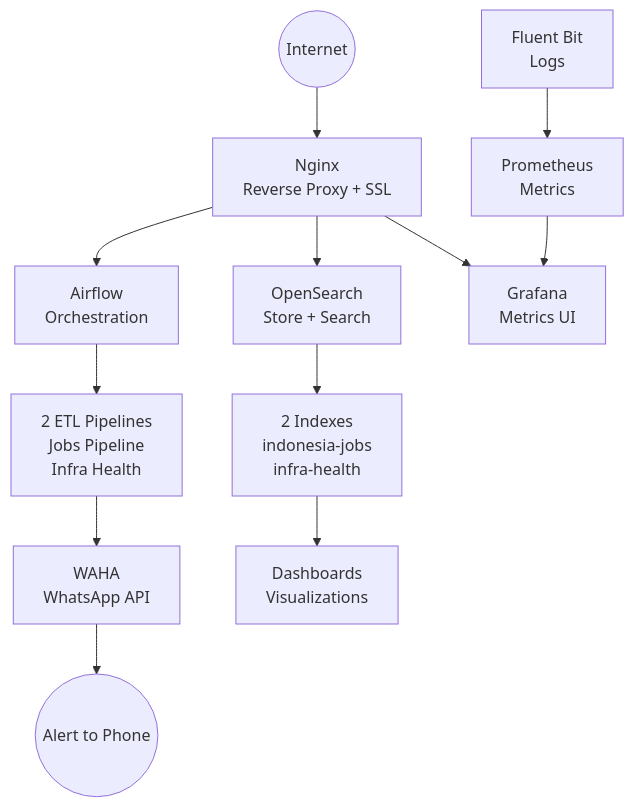
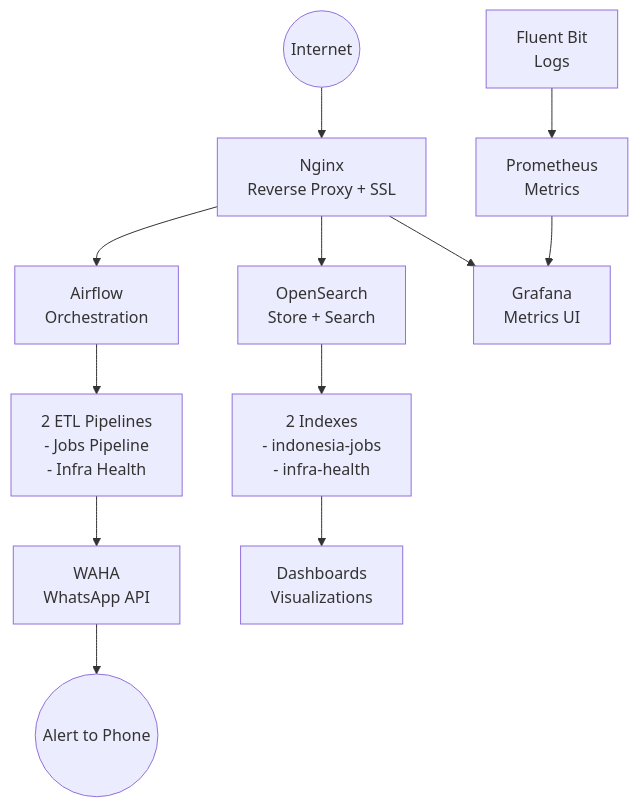
The first of 3 diagrams in README.md (ChaisarAbi/indonesia-jobs-pipeline), drawn with Mermaid before and after one commit.

Commit message:
Renew README.md delete the markdown - Succesfull (final)

````diff
--- a/README.md
+++ b/README.md
@@ -18,19 +18,19 @@
 ```mermaid
 graph TD
     A((Internet)) --> B[Nginx<br/>Reverse Proxy + SSL]
     
     B --> C[Airflow<br/>Orchestration]
     B --> D[OpenSearch<br/>Store + Search]
     B --> E[Grafana<br/>Metrics UI]
     
-    C --> F[2 ETL Pipelines<br/>Jobs Pipeline<br/>Infra Health]
-    D --> G[2 Indexes<br/>indonesia-jobs<br/>infra-health]
+    C --> F[2 ETL Pipelines<br/>- Jobs Pipeline<br/>- Infra Health]
+    D --> G[2 Indexes<br/>- indonesia-jobs<br/>- infra-health]
     
     H[Prometheus<br/>Metrics] --> E
     I[Fluent Bit<br/>Logs] --> H
     
     F --> J[WAHA<br/>WhatsApp API]
     G --> K[Dashboards<br/>Visualizations]
     
     J --> L((Alert to Phone))
 ```
````
